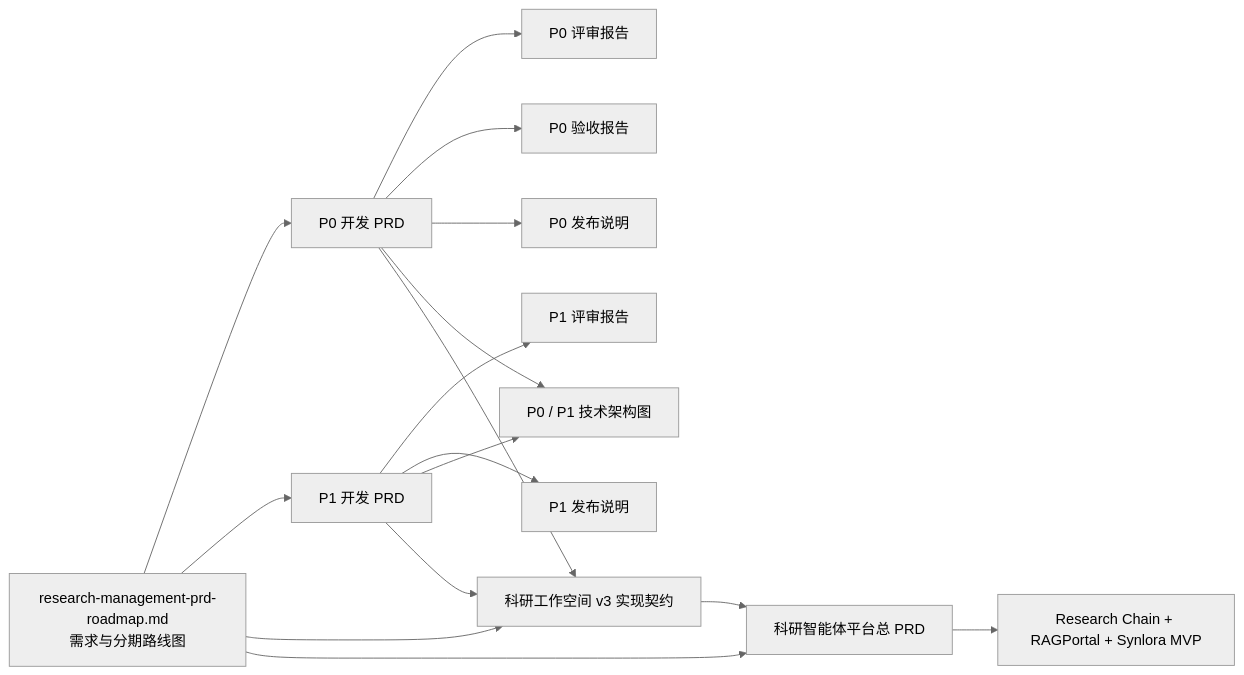
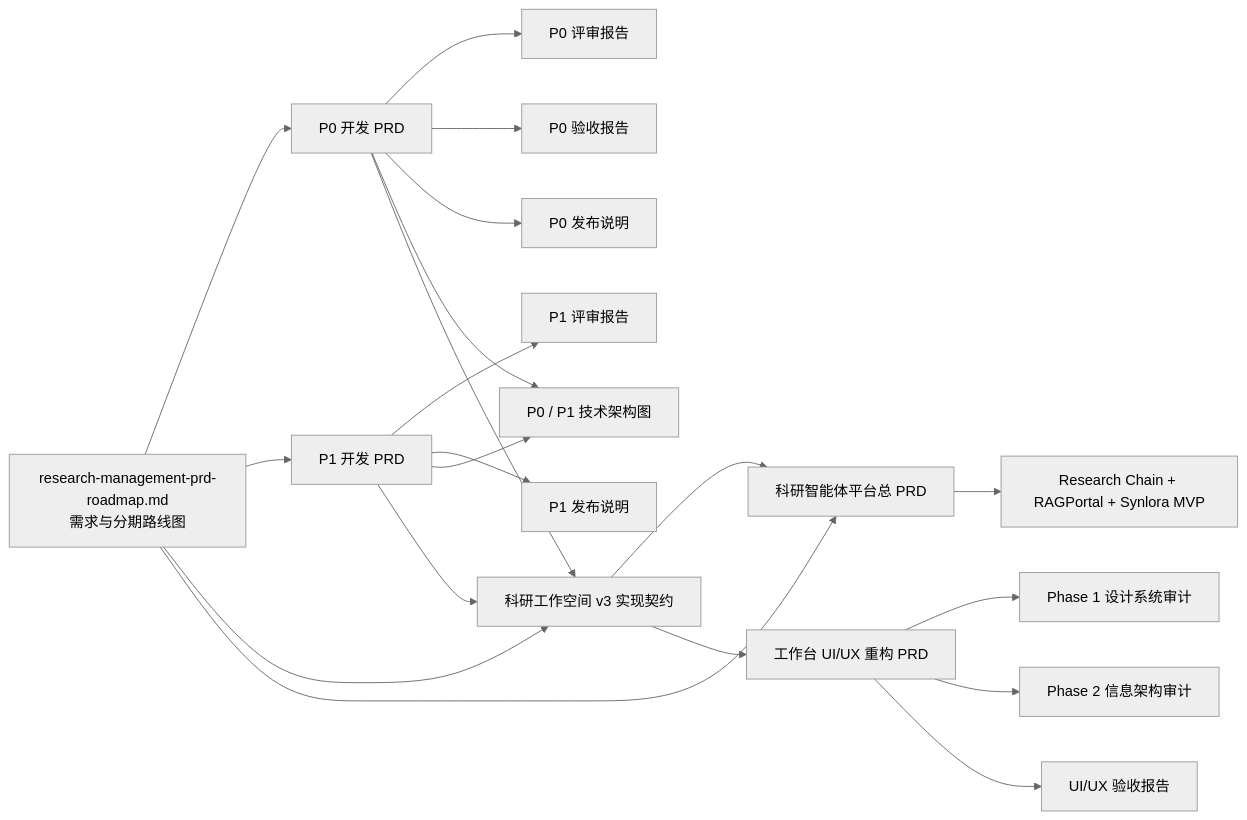
The diagram in docs/README.md (SynlysAI/plane), drawn with Mermaid (neutral theme) before and after one commit. The commit also changed other lines of this file and 25 other files, not shown here.

````diff
--- a/docs/README.md
+++ b/docs/README.md
@@ -55,18 +60,22 @@
 ```mermaid
 flowchart LR
     R[research-management-prd-roadmap.md<br/>需求与分期路线图] --> P0[P0 开发 PRD]
     R --> P1[P1 开发 PRD]
     P0 --> P0R[P0 评审报告]
     P1 --> P1R[P1 评审报告]
     P0 --> P0A[P0 验收报告]
     P0 --> P0N[P0 发布说明]
     P1 --> P1N[P1 发布说明]
     P0 --> ARCH[P0 / P1 技术架构图]
     P1 --> ARCH
     R --> V3[科研工作空间 v3 实现契约]
     P0 --> V3
     P1 --> V3
     R --> PLATFORM[科研智能体平台总 PRD]
     V3 --> PLATFORM
     PLATFORM --> MVP[Research Chain + RAGPortal + Synlora MVP]
+    V3 --> UIUX[工作台 UI/UX 重构 PRD]
+    UIUX --> AUDIT1[Phase 1 设计系统审计]
+    UIUX --> AUDIT2[Phase 2 信息架构审计]
+    UIUX --> ACCEPT[UI/UX 验收报告]
 ```
````
